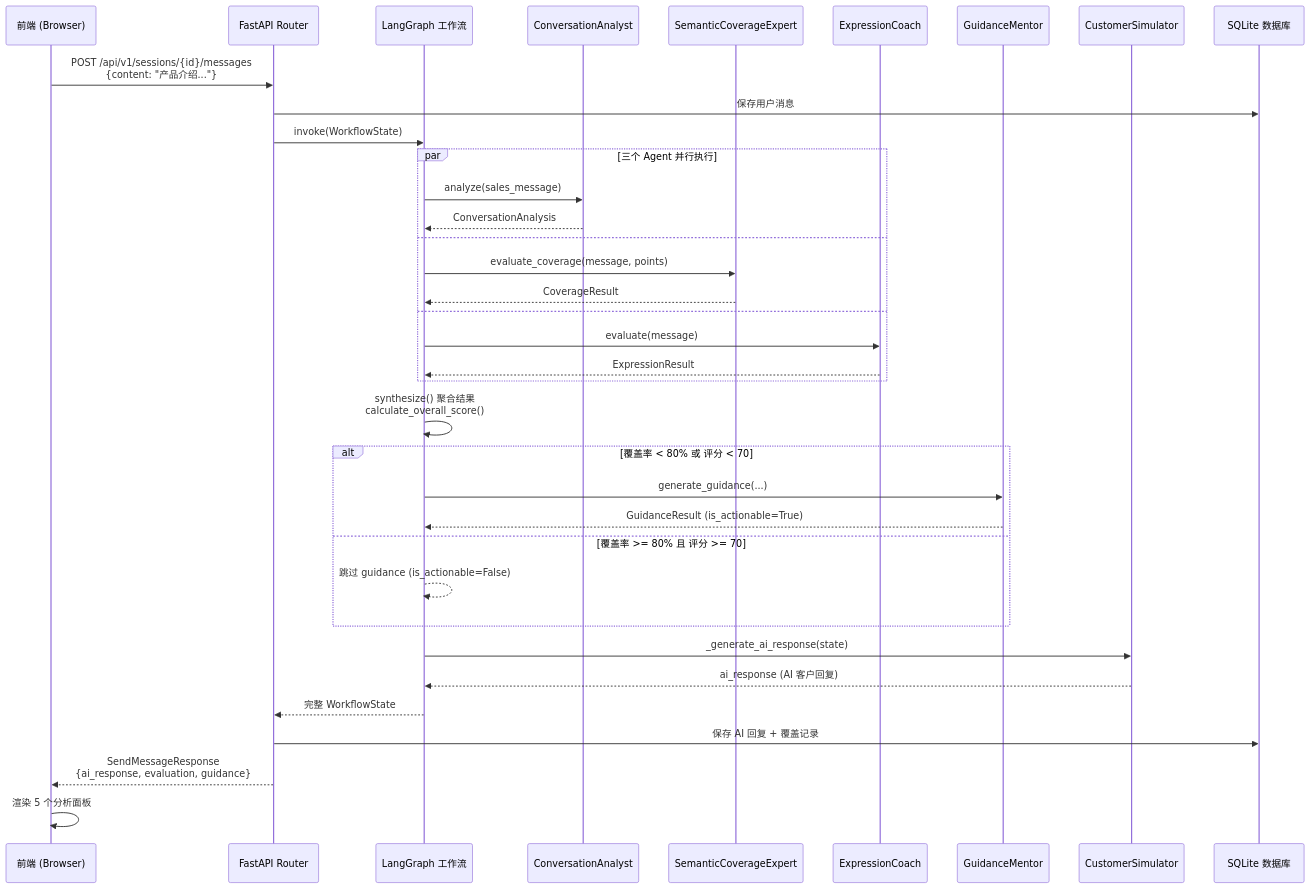
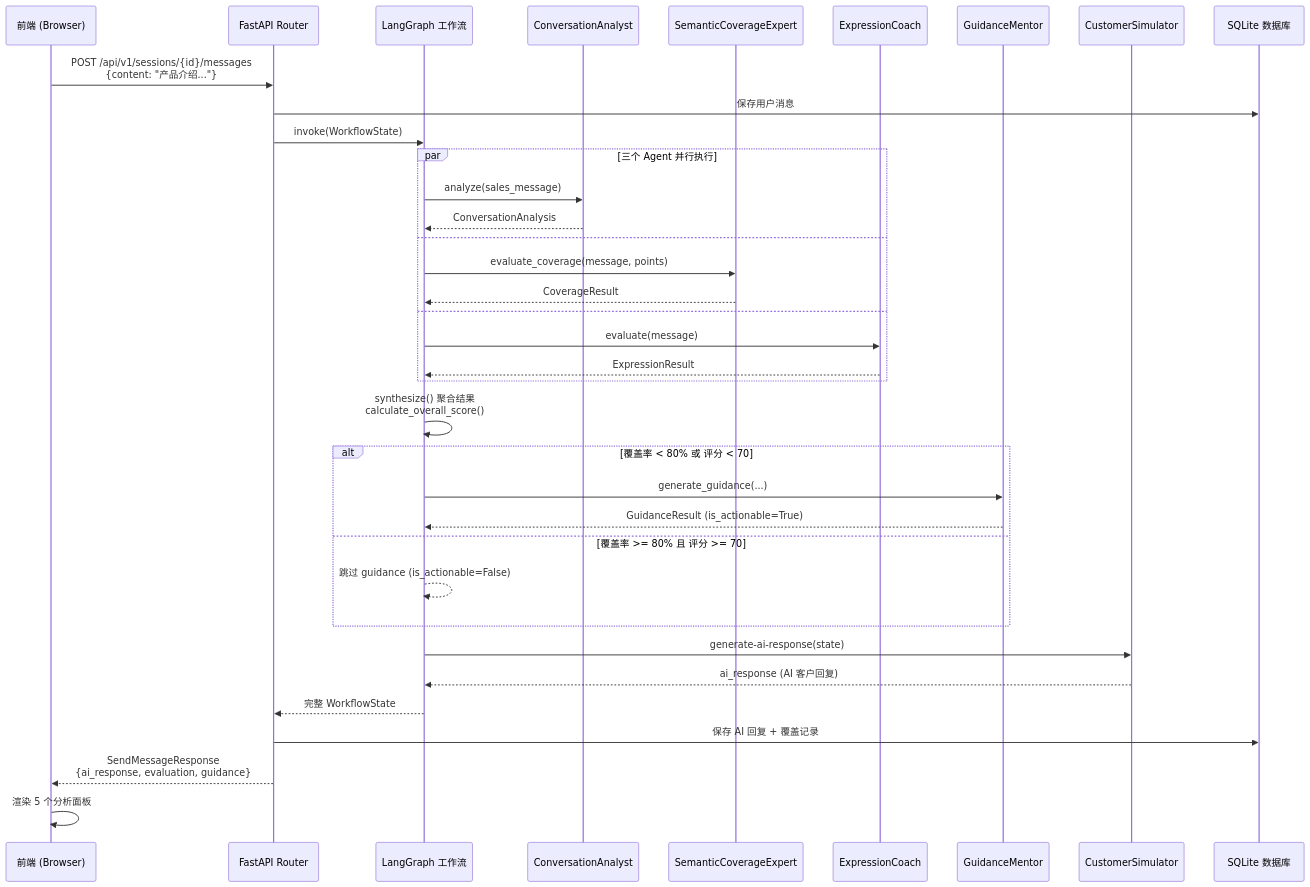
Before and after one commit to xt765/UMU-Sales-Trainer: the fourth of 10 diagrams in README.md, drawn with Mermaid. The commit also changed other lines of this file and 1 other file, not shown here.

````diff
--- a/README.md
+++ b/README.md
@@ -294,44 +294,44 @@
 ```mermaid
 sequenceDiagram
     participant FE as 前端 (Browser)
     participant API as FastAPI Router
     participant WF as LangGraph 工作流
     participant CA as ConversationAnalyst
     participant SC as SemanticCoverageExpert
     participant EC as ExpressionCoach
     participant GM as GuidanceMentor
     participant CS as CustomerSimulator
     participant DB as SQLite 数据库
 
     FE->>API: POST /api/v1/sessions/{id}/messages<br/>{content: "产品介绍..."}
     API->>DB: 保存用户消息
     API->>WF: invoke(WorkflowState)
 
     par 三个 Agent 并行执行
         WF->>CA: analyze(sales_message)
         CA-->>WF: ConversationAnalysis
     and
         WF->>SC: evaluate_coverage(message, points)
         SC-->>WF: CoverageResult
     and
         WF->>EC: evaluate(message)
         EC-->>WF: ExpressionResult
     end
 
     WF->>WF: synthesize() 聚合结果<br/>calculate_overall_score()
 
     alt 覆盖率 < 80% 或 评分 < 70
         WF->>GM: generate_guidance(...)
         GM-->>WF: GuidanceResult (is_actionable=True)
     else 覆盖率 >= 80% 且 评分 >= 70
         WF-->>WF: 跳过 guidance (is_actionable=False)
     end
 
-    WF->>CS: _generate_ai_response(state)
+    WF->>CS: generate-ai-response(state)
     CS-->>WF: ai_response (AI 客户回复)
 
     WF-->>API: 完整 WorkflowState
     API->>DB: 保存 AI 回复 + 覆盖记录
     API-->>FE: SendMessageResponse<br/>{ai_response, evaluation, guidance}
     FE->>FE: 渲染 5 个分析面板
 ```
````
